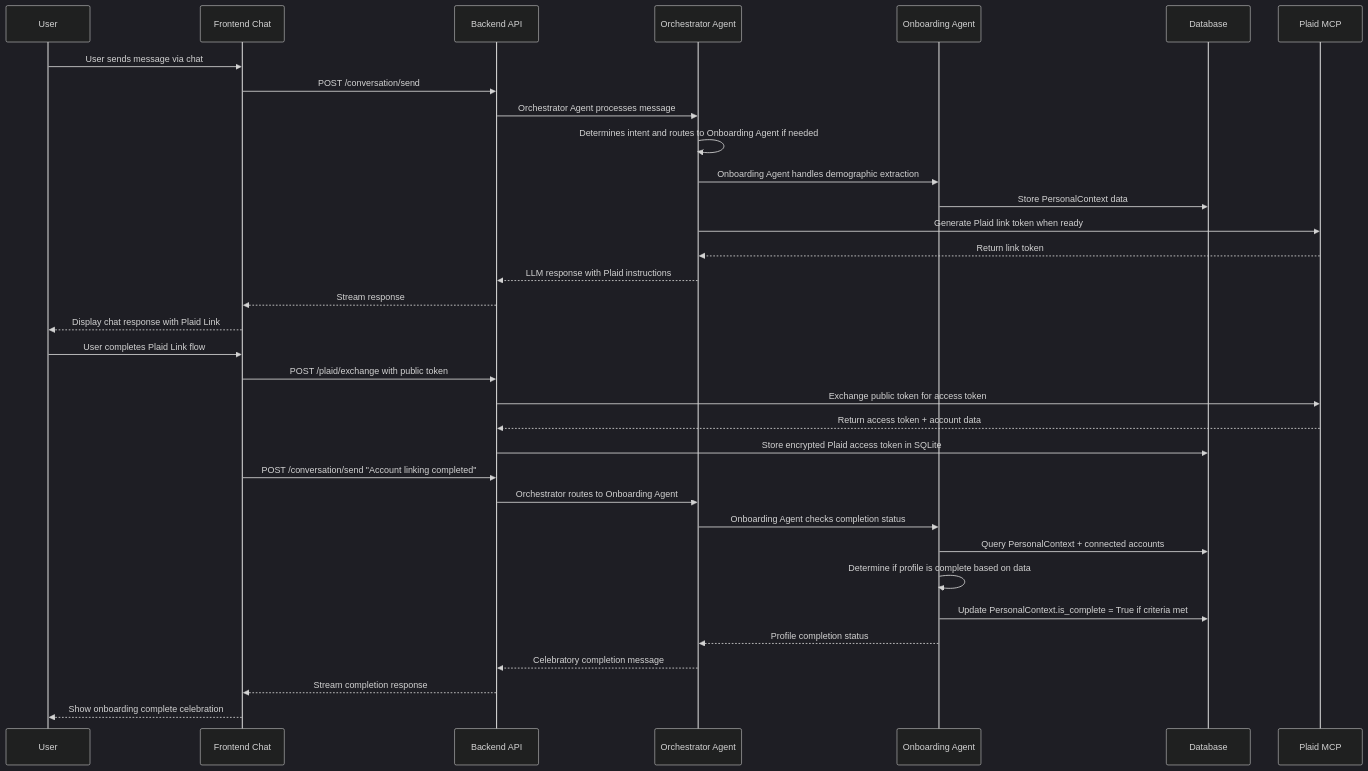
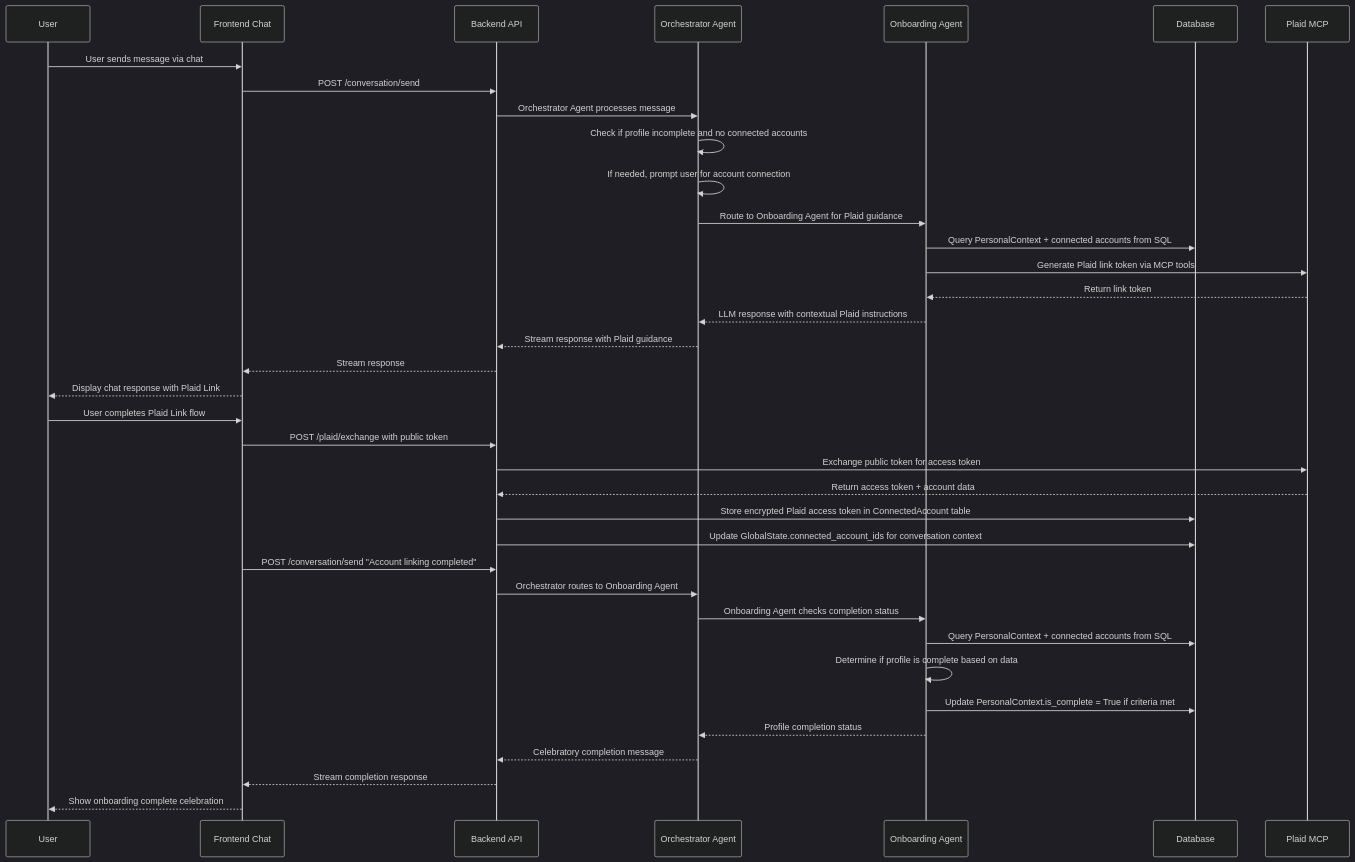
One commit to FinAssistant/financial-assistant changed the diagram in docs/stories/2.1a.story.md. Above: the diagram before and after it, drawn with Mermaid (dark theme). The commit also changed other lines of this file, not shown here.

````diff
--- a/docs/stories/2.1a.story.md
+++ b/docs/stories/2.1a.story.md
@@ -163,37 +178,40 @@
 ```mermaid
 sequenceDiagram
     participant U as User
     participant F as Frontend Chat
     participant B as Backend API
     participant O as Orchestrator Agent
     participant L as Onboarding Agent
     participant DB as Database
     participant P as Plaid MCP
 
     U->>F: User sends message via chat
     F->>B: POST /conversation/send
     B->>O: Orchestrator Agent processes message
-    O->>O: Determines intent and routes to Onboarding Agent if needed
-    O->>L: Onboarding Agent handles demographic extraction
-    L->>DB: Store PersonalContext data
-    O->>P: Generate Plaid link token when ready
-    P-->>O: Return link token
-    O-->>B: LLM response with Plaid instructions
+    O->>O: Check if profile incomplete and no connected accounts
+    O->>O: If needed, prompt user for account connection
+    O->>L: Route to Onboarding Agent for Plaid guidance
+    L->>DB: Query PersonalContext + connected accounts from SQL
+    L->>P: Generate Plaid link token via MCP tools
+    P-->>L: Return link token
+    L-->>O: LLM response with contextual Plaid instructions
+    O-->>B: Stream response with Plaid guidance
     B-->>F: Stream response
     F-->>U: Display chat response with Plaid Link
     U->>F: User completes Plaid Link flow
     F->>B: POST /plaid/exchange with public token
     B->>P: Exchange public token for access token
     P-->>B: Return access token + account data
-    B->>DB: Store encrypted Plaid access token in SQLite
+    B->>DB: Store encrypted Plaid access token in ConnectedAccount table
+    B->>DB: Update GlobalState.connected_account_ids for conversation context
     F->>B: POST /conversation/send "Account linking completed"
     B->>O: Orchestrator routes to Onboarding Agent
     O->>L: Onboarding Agent checks completion status
-    L->>DB: Query PersonalContext + connected accounts
+    L->>DB: Query PersonalContext + connected accounts from SQL
     L->>L: Determine if profile is complete based on data
     L->>DB: Update PersonalContext.is_complete = True if criteria met
     L-->>O: Profile completion status
     O-->>B: Celebratory completion message
     B-->>F: Stream completion response
     F-->>U: Show onboarding complete celebration
 ```
````
